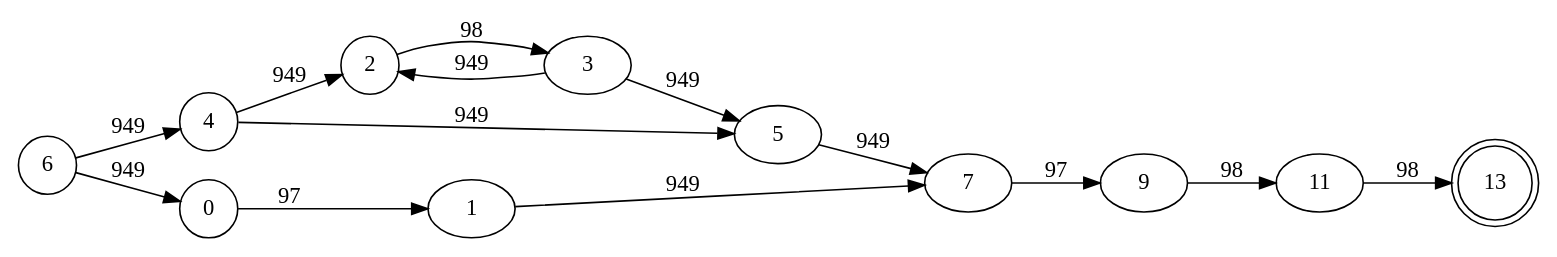
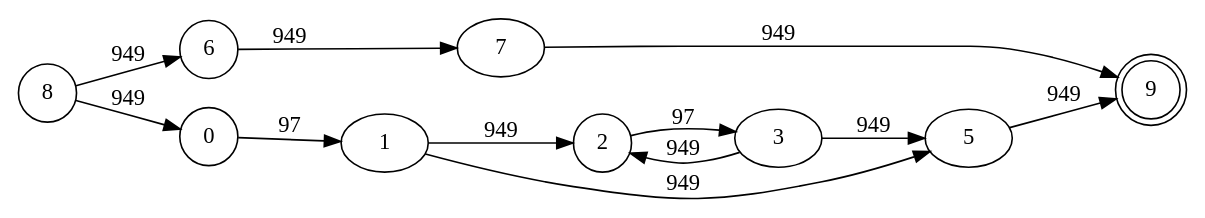
Before and after one commit to bryannalfaro/Dise-odeLenguajes: the diagram in test-output/automata1.gv, drawn with Graphviz. The commit also changed 2 other files, not shown here.

```diff
--- a/test-output/automata1.gv
+++ b/test-output/automata1.gv
@@ -1,21 +1,19 @@
 digraph automata1 {
 	rankdir=LR
+	8 [label=8 shape=circle]
+	9 [label=9 shape=doublecircle]
 	6 [label=6 shape=circle]
-	13 [label=13 shape=doublecircle]
-	4 [label=4 shape=circle]
 	0 [label=0 shape=circle]
 	2 [label=2 shape=circle]
-	6 -> 4 [label=949]
-	6 -> 0 [label=949]
-	4 -> 2 [label=949]
-	4 -> 5 [label=949]
-	2 -> 3 [label=98]
+	8 -> 6 [label=949]
+	8 -> 0 [label=949]
+	6 -> 7 [label=949]
+	7 -> 9 [label=949]
+	0 -> 1 [label=97]
+	1 -> 2 [label=949]
+	1 -> 5 [label=949]
+	2 -> 3 [label=97]
 	3 -> 5 [label=949]
 	3 -> 2 [label=949]
-	5 -> 7 [label=949]
-	0 -> 1 [label=97]
-	1 -> 7 [label=949]
-	7 -> 9 [label=97]
-	9 -> 11 [label=98]
-	11 -> 13 [label=98]
+	5 -> 9 [label=949]
 }
```
